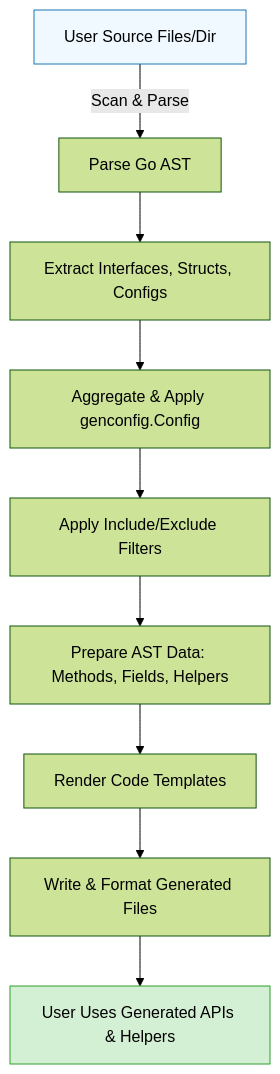
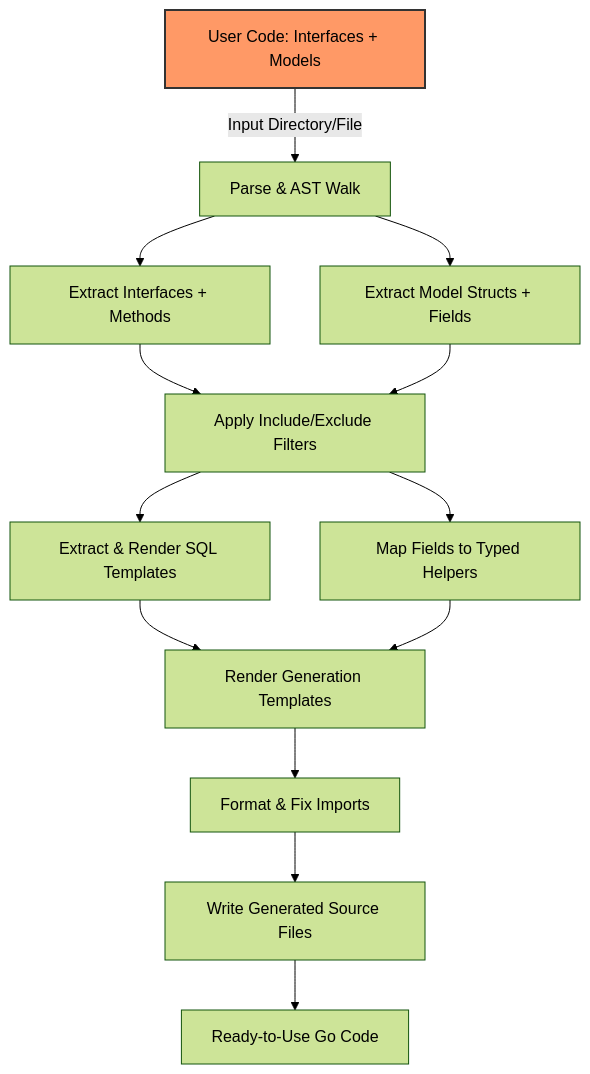
Before and after one commit to clidey/docucod-public-project-3a0e48a9-6b86-4d21-a930-072fe9723c66: the diagram in concepts/core-architecture/code-generation-workflow.mdx, drawn with Mermaid (forest theme). The commit also changed other lines of this file and 30 other files, not shown here.

````diff
--- a/concepts/core-architecture/code-generation-workflow.mdx
+++ b/concepts/core-architecture/code-generation-workflow.mdx
@@ -217,14 +202,17 @@
 ```mermaid
 flowchart TD
-  InputFiles["User Source Files/Dir"] -->|Scan & Parse| ParseAST["Parse Go AST"]
-  ParseAST --> Extract["Extract Interfaces, Structs, Configs"]
-  Extract --> ApplyConfig["Aggregate & Apply genconfig.Config"]
-  ApplyConfig --> Filter["Apply Include/Exclude Filters"]
-  Filter --> Prepare["Prepare AST Data: Methods, Fields, Helpers"]
-  Prepare --> Generate["Render Code Templates"]
-  Generate --> Output["Write & Format Generated Files"]
-  Output --> User["User Uses Generated APIs & Helpers"]
+  User["User Code: Interfaces + Models"] -->|Input Directory/File| Parse["Parse & AST Walk"]
+  Parse --> ExtractInterfaces["Extract Interfaces + Methods"]
+  Parse --> ExtractStructs["Extract Model Structs + Fields"]
+  ExtractInterfaces --> ApplyFilters["Apply Include/Exclude Filters"]
+  ExtractStructs --> ApplyFilters
+  ApplyFilters --> SQLTemplates["Extract & Render SQL Templates"]
+  ApplyFilters --> FieldHelpers["Map Fields to Typed Helpers"]
+  SQLTemplates & FieldHelpers --> Render["Render Generation Templates"]
+  Render --> Format["Format & Fix Imports"]
+  Format --> Output["Write Generated Source Files"]
+  Output --> Done["Ready-to-Use Go Code"]
 
-  style InputFiles fill:#f0f9ff,stroke:#1f77b4
-  style User fill:#d4f0d4,stroke:#2ca02c
+  classDef user fill:#f96,stroke:#333,stroke-width:2px
+  class User user
 ```
````
